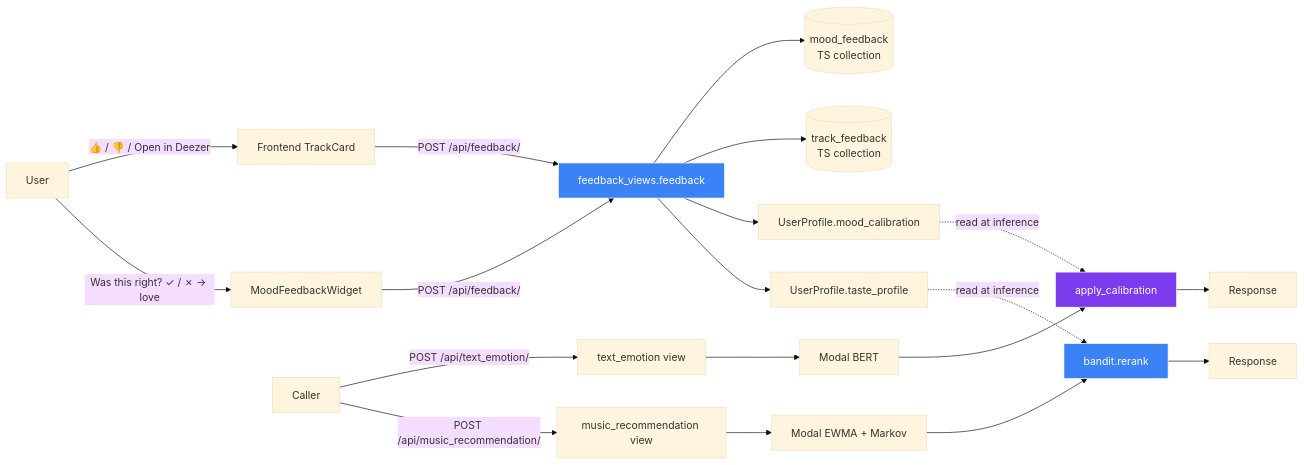
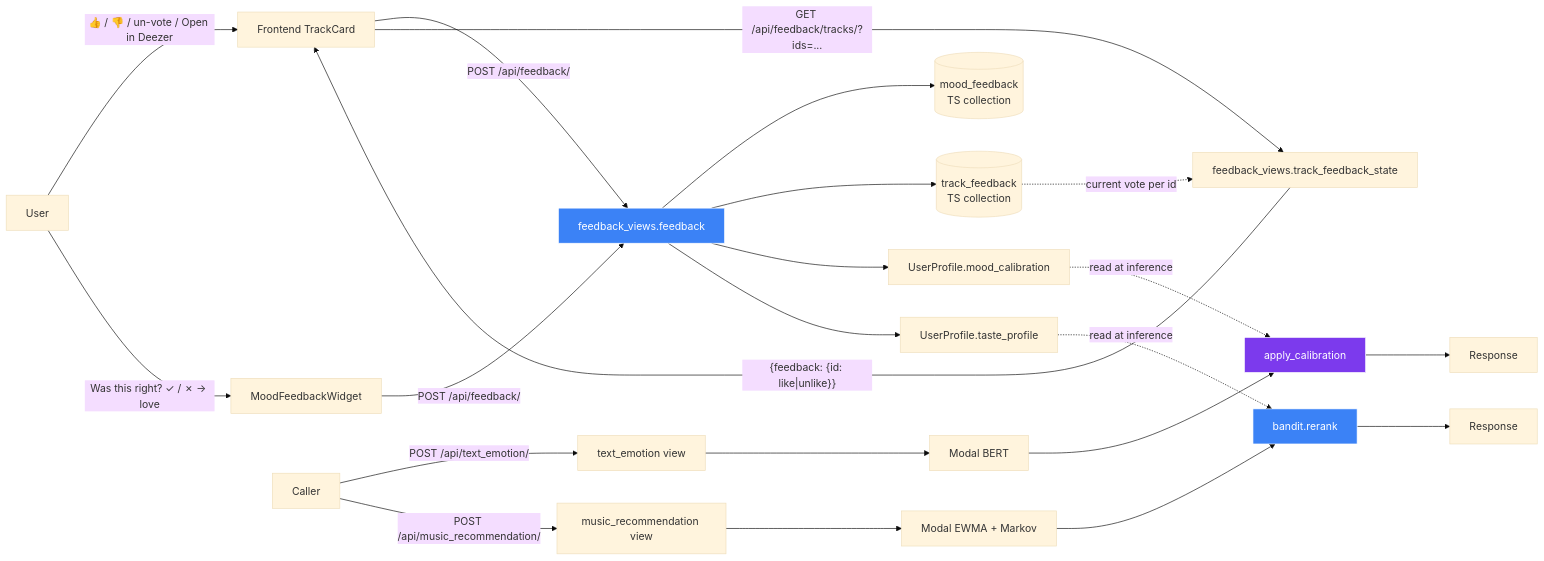
Before and after one commit to hoangsonww/Moodify-Emotion-Music-App: the fifth of 21 diagrams in ARCHITECTURE.md, drawn with Mermaid (base theme). The commit also changed other lines of this file and 5 other files, not shown here.

First line of the commit message:
docs: bring READMEs, ARCHITECTURE, and wiki up to date

````diff
--- a/ARCHITECTURE.md
+++ b/ARCHITECTURE.md
@@ -374,26 +374,30 @@
 ```mermaid
 flowchart LR
-    User -->|"👍 / 👎 / Open in Deezer"| FE[Frontend TrackCard]
+    User -->|"👍 / 👎 / un-vote / Open in Deezer"| FE[Frontend TrackCard]
     User -->|"Was this right? ✓ / ✗ → love"| FW[MoodFeedbackWidget]
     FE & FW -->|POST /api/feedback/| FB[feedback_views.feedback]
     FB --> TS1[(mood_feedback<br/>TS collection)]
     FB --> TS2[(track_feedback<br/>TS collection)]
     FB --> UP1[UserProfile.mood_calibration]
     FB --> UP2[UserProfile.taste_profile]
+
+    FE -->|"GET /api/feedback/tracks/?ids=..."| RB[feedback_views.track_feedback_state]
+    TS2 -.->|current vote per id| RB
+    RB -->|"{feedback: {id: like|unlike}}"| FE
 
     Caller -->|POST /api/text_emotion/| TE[text_emotion view]
     TE --> Modal1[Modal BERT]
     Modal1 --> CAL[apply_calibration]
     UP1 -.->|read at inference| CAL
     CAL --> Resp1[Response]
 
     Caller -->|POST /api/music_recommendation/| MR[music_recommendation view]
     MR --> Modal2[Modal EWMA + Markov]
     Modal2 --> BND[bandit.rerank]
     UP2 -.->|read at inference| BND
     BND --> Resp2[Response]
 
     style FB fill:#3b82f6,stroke:#fff,color:#fff
     style CAL fill:#7c3aed,stroke:#fff,color:#fff
     style BND fill:#3b82f6,stroke:#fff,color:#fff
 ```
````
